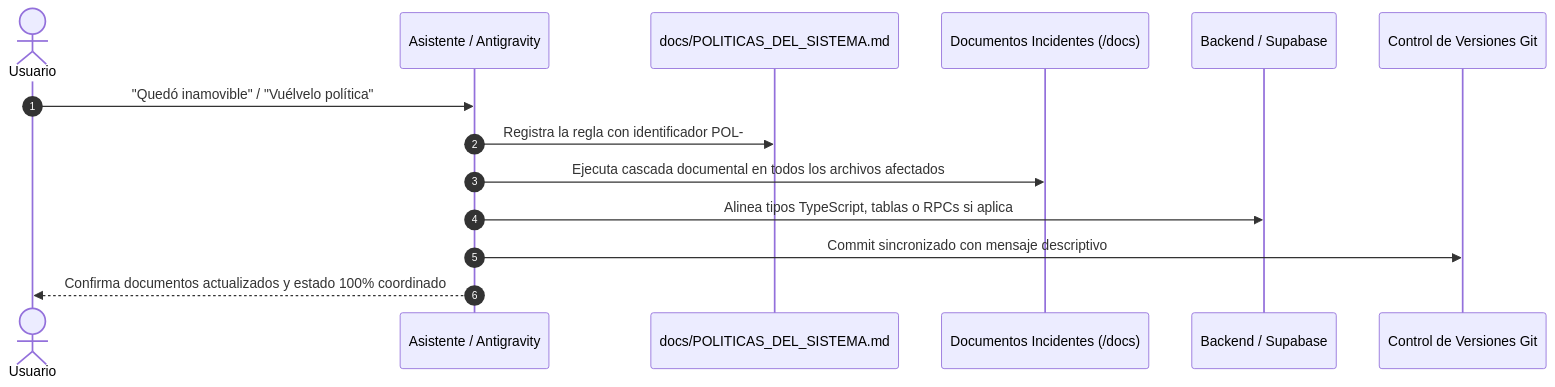
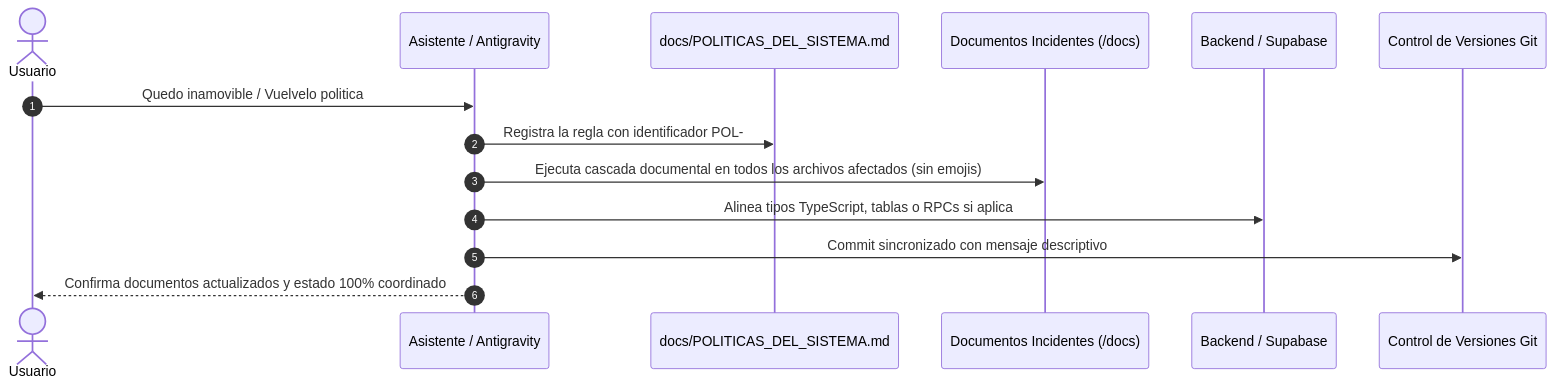
One commit to arteagaescorza-dev/google-reviews-nfc changed the second of 2 diagrams in docs/FRAMEWORK_DOCUMENTAL.md. Above: the diagram before and after it, drawn with Mermaid. The commit also changed other lines of this file and 3 other files, not shown here.

Commit message:
docs(politica): POL-007 prohibicion de emojis y estandarizacion con repositorio de iconos

````diff
--- a/docs/FRAMEWORK_DOCUMENTAL.md
+++ b/docs/FRAMEWORK_DOCUMENTAL.md
@@ -197,17 +195,17 @@
 ```mermaid
 sequenceDiagram
     autonumber
     actor U as Usuario
     participant AG as Asistente / Antigravity
     participant POL as docs/POLITICAS_DEL_SISTEMA.md
     participant SPEC as Documentos Incidentes (/docs)
     participant DB as Backend / Supabase
     participant GIT as Control de Versiones Git
 
-    U->>AG: "Quedó inamovible" / "Vuélvelo política"
+    U->>AG: Quedo inamovible / Vuelvelo politica
     AG->>POL: Registra la regla con identificador POL-###
-    AG->>SPEC: Ejecuta cascada documental en todos los archivos afectados
+    AG->>SPEC: Ejecuta cascada documental en todos los archivos afectados (sin emojis)
     AG->>DB: Alinea tipos TypeScript, tablas o RPCs si aplica
     AG->>GIT: Commit sincronizado con mensaje descriptivo
     AG-->>U: Confirma documentos actualizados y estado 100% coordinado
 ```
````
